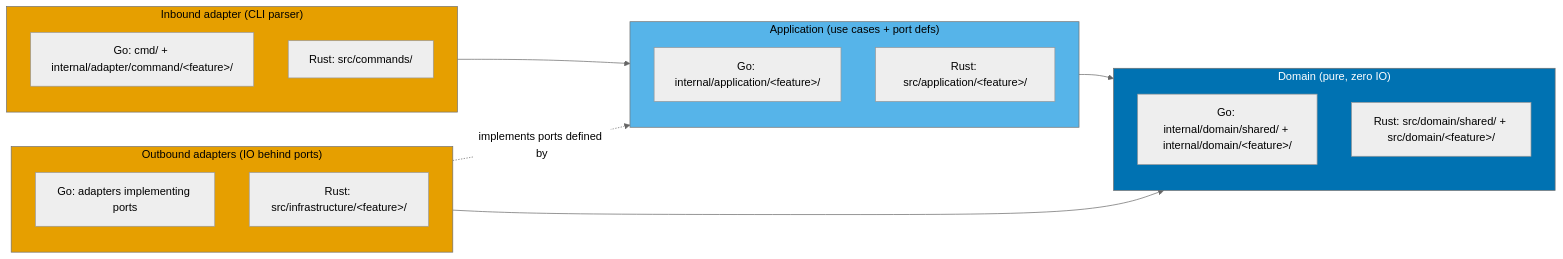
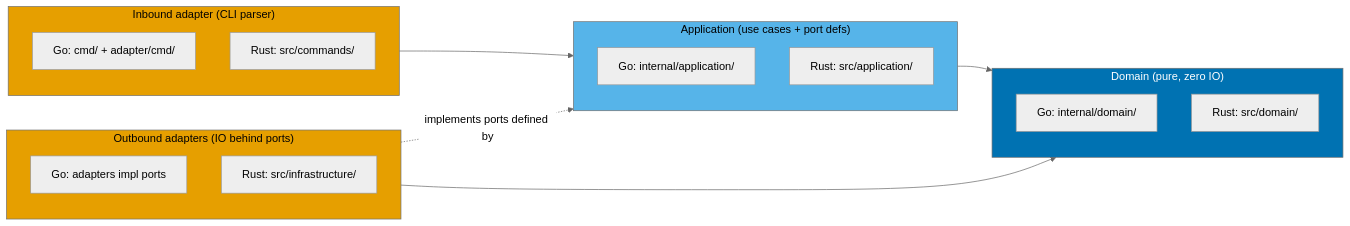
One commit to wahidyankf/ose-primer changed the diagram in plans/in-progress/migrate-rhino-cli-to-hexagonal/tech-docs.md. Above: the diagram before and after it, drawn with Mermaid (neutral theme). The commit also changed other lines of this file and 21 other files, not shown here.

````diff
--- a/plans/in-progress/migrate-rhino-cli-to-hexagonal/tech-docs.md
+++ b/plans/in-progress/migrate-rhino-cli-to-hexagonal/tech-docs.md
@@ -7,29 +7,29 @@
 ```mermaid
 flowchart LR
   %% Colour-blind-friendly palette (blue / orange)
   subgraph Inbound["Inbound adapter (CLI parser)"]
-    GO_CMD["Go: cmd/ + internal/adapter/command/&lt;feature&gt;/"]
+    GO_CMD["Go: cmd/ + adapter/cmd/"]
     RS_CMD["Rust: src/commands/"]
   end
   subgraph App["Application (use cases + port defs)"]
-    GO_APP["Go: internal/application/&lt;feature&gt;/"]
-    RS_APP["Rust: src/application/&lt;feature&gt;/"]
+    GO_APP["Go: internal/application/"]
+    RS_APP["Rust: src/application/"]
   end
   subgraph Dom["Domain (pure, zero IO)"]
-    GO_DOM["Go: internal/domain/shared/ + internal/domain/&lt;feature&gt;/"]
-    RS_DOM["Rust: src/domain/shared/ + src/domain/&lt;feature&gt;/"]
+    GO_DOM["Go: internal/domain/"]
+    RS_DOM["Rust: src/domain/"]
   end
   subgraph Out["Outbound adapters (IO behind ports)"]
-    GO_OUT["Go: adapters implementing ports"]
-    RS_OUT["Rust: src/infrastructure/&lt;feature&gt;/"]
+    GO_OUT["Go: adapters impl ports"]
+    RS_OUT["Rust: src/infrastructure/"]
   end
   Inbound --> App
   App --> Dom
   Out -. implements ports defined by .-> App
   Out --> Dom
 
   style Dom fill:#0072B2,color:#fff
   style App fill:#56B4E9,color:#000
   style Inbound fill:#E69F00,color:#000
   style Out fill:#E69F00,color:#000
 ```
````
